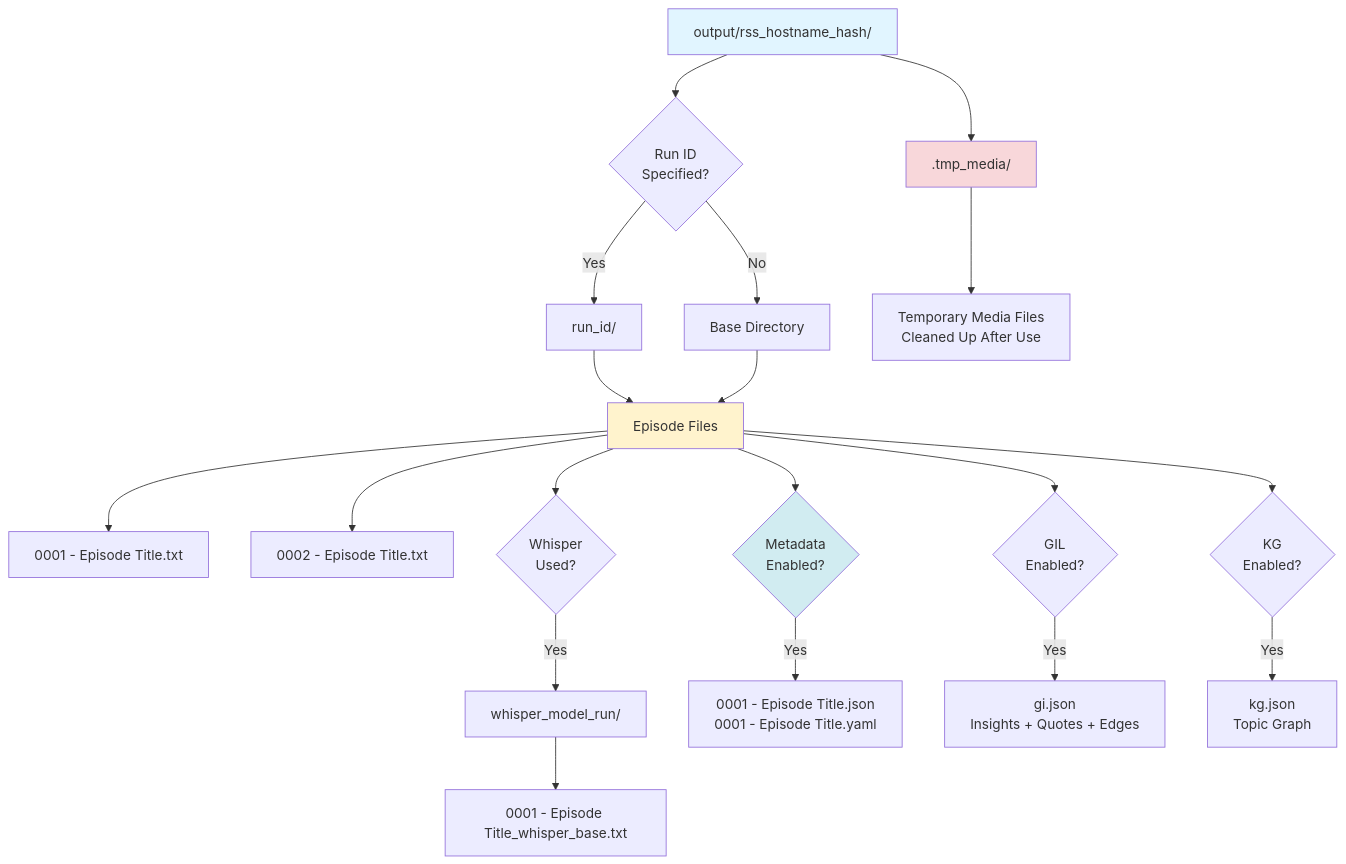
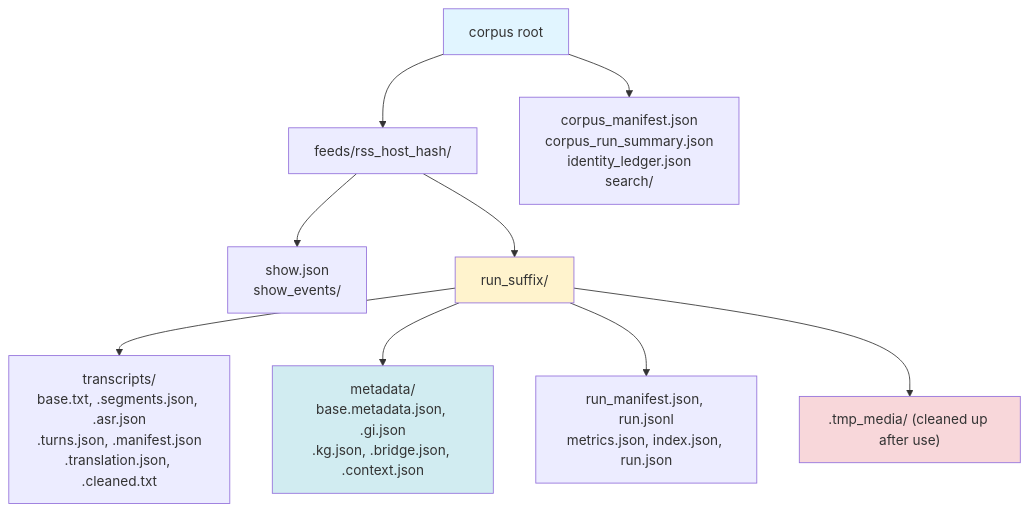
Before and after one commit to chipi/podcast_scraper: the third of 3 diagrams in docs/architecture/ARCHITECTURE.md, drawn with Mermaid. The commit also changed other lines of this file and 37 other files, not shown here.

First line of the commit message:
fix(pipeline): batch child's corpus-root work, translate_only, stale comments; ingestion docs; PR CI on content (#2442)

````diff
--- a/docs/architecture/ARCHITECTURE.md
+++ b/docs/architecture/ARCHITECTURE.md
@@ -978,27 +986,17 @@
 ```mermaid
 
 graph TD
-    Root[output/rss_hostname_hash/] --> RunDir{Run ID<br/>Specified?}
-    RunDir -->|Yes| RunSubdir[run_id/]
-    RunDir -->|No| BaseDir[Base Directory]
-    RunSubdir --> Episodes[Episode Files]
-    BaseDir --> Episodes
-    Episodes --> Transcript1["0001 - Episode Title.txt"]
-    Episodes --> Transcript2["0002 - Episode Title.txt"]
-    Episodes --> WhisperDir{Whisper<br/>Used?}
-    WhisperDir -->|Yes| WhisperSubdir[whisper_model_run/]
-    WhisperSubdir --> WhisperFiles["0001 - Episode Title_whisper_base.txt"]
-    Episodes --> Metadata{Metadata<br/>Enabled?}
-    Metadata -->|Yes| MetaFiles["0001 - Episode Title.json<br/>0001 - Episode Title.yaml"]
-    Episodes --> GIL{GIL<br/>Enabled?}
-    GIL -->|Yes| GIFile["gi.json<br/>Insights + Quotes + Edges"]
-    Episodes --> KGCheck{KG<br/>Enabled?}
-    KGCheck -->|Yes| KGFile["kg.json<br/>Topic Graph"]
-    Root --> TempDir[.tmp_media/]
-    TempDir --> TempFiles[Temporary Media Files<br/>Cleaned Up After Use]
+    Corpus[corpus root] --> Feeds["feeds/rss_host_hash/"]
+    Corpus --> CorpusFiles["corpus_manifest.json<br/>corpus_run_summary.json<br/>identity_ledger.json<br/>search/"]
+    Feeds --> ShowFiles["show.json<br/>show_events/"]
+    Feeds --> Run["run_suffix/"]
+    Run --> Transcripts["transcripts/<br/>base.txt, .segments.json, .asr.json<br/>.turns.json, .manifest.json<br/>.translation.json, .cleaned.txt"]
+    Run --> Metadata["metadata/<br/>base.metadata.json, .gi.json<br/>.kg.json, .bridge.json, .context.json"]
+    Run --> RunFiles["run_manifest.json, run.jsonl<br/>metrics.json, index.json, run.json"]
+    Run --> TempDir[".tmp_media/ (cleaned up after use)"]
 
-    style Root fill:#e1f5ff
-    style Episodes fill:#fff3cd
+    style Corpus fill:#e1f5ff
+    style Run fill:#fff3cd
     style TempDir fill:#f8d7da
     style Metadata fill:#d1ecf1
 ```
````
